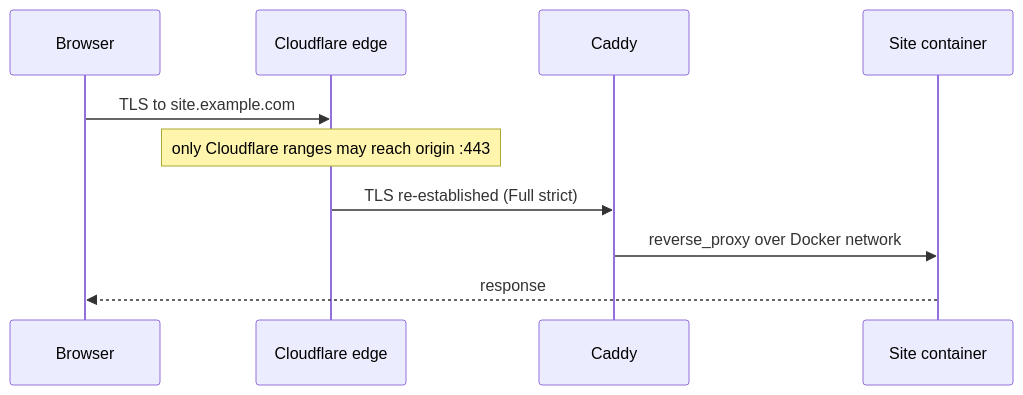
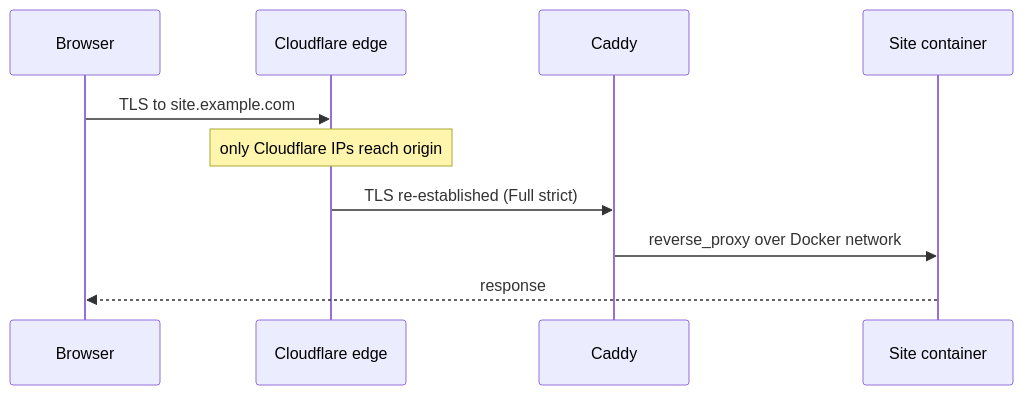
Before and after one commit to lucavieiram/self-hosted-stack: the third of 4 diagrams in README.md, drawn with Mermaid. The commit also changed other lines of this file, not shown here.

First line of the commit message:
redo the topology diagram, make the exposure diagram say something

````diff
--- a/README.md
+++ b/README.md
@@ -67,12 +65,12 @@
 ```mermaid
 sequenceDiagram
     participant B as Browser
     participant CF as Cloudflare edge
     participant C as Caddy
     participant S as Site container
     B->>CF: TLS to site.example.com
-    Note over CF: only Cloudflare ranges may reach origin :443
+    Note over CF: only Cloudflare IPs reach origin
     CF->>C: TLS re-established (Full strict)
     C->>S: reverse_proxy over Docker network
     S-->>B: response
 ```
````
